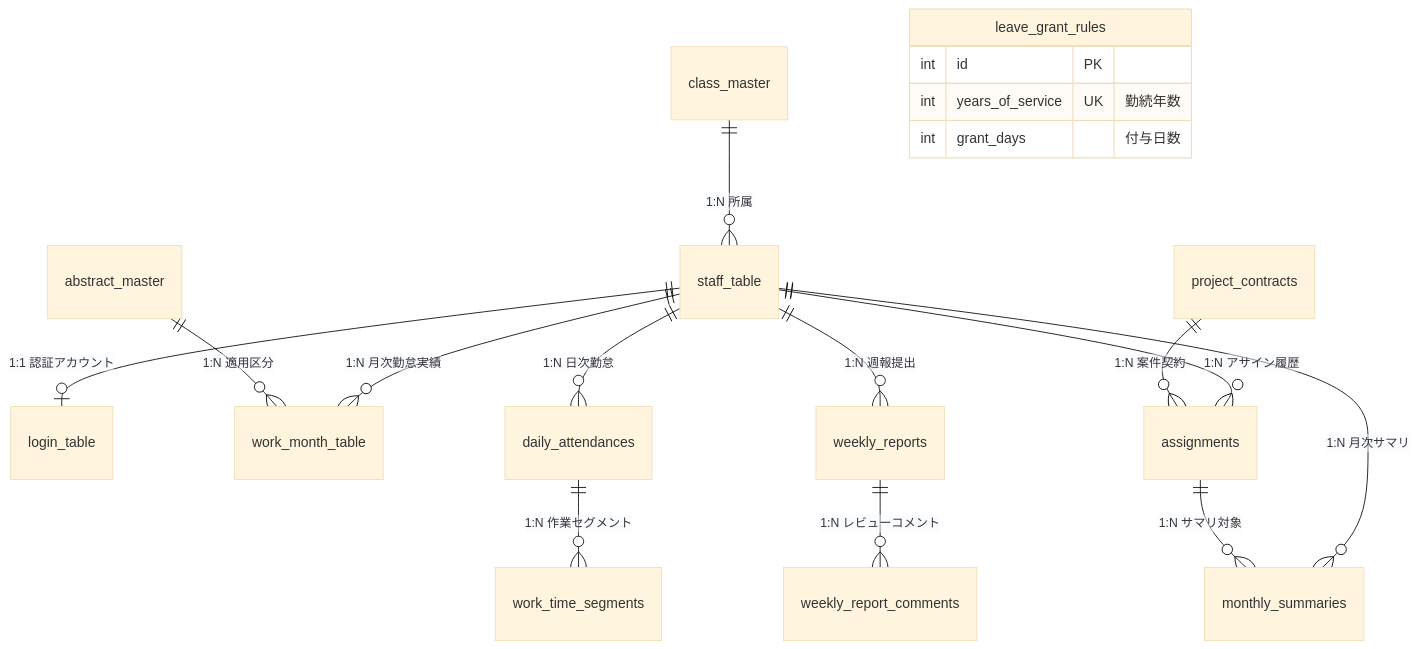
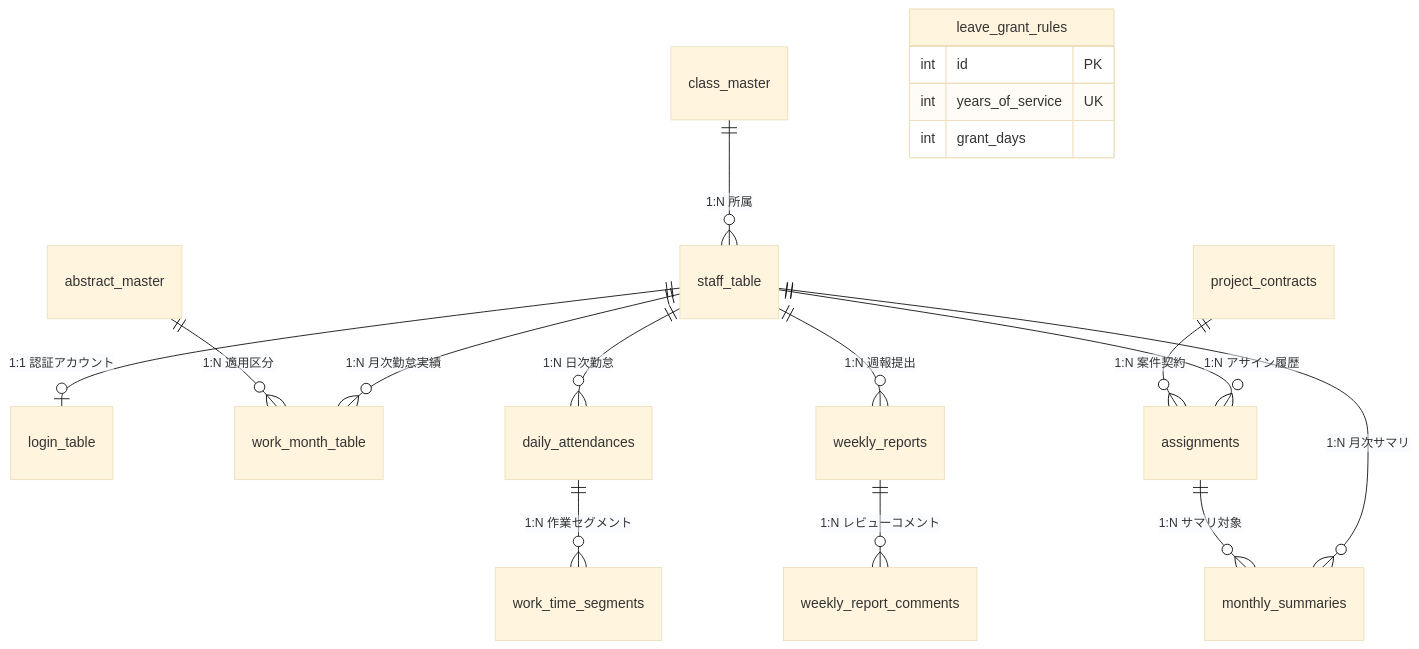
One commit to Yusuke568/Dev-lab changed the diagram in 00.document/05_データモデル設計書.md. Above: the diagram before and after it, drawn with Mermaid (base theme). The commit also changed 8 other files, not shown here.

Commit message:
fix(docs): GitHubプレビューでのMermaid構文エラーを修正し不要なPDFを削除

````diff
--- a/00.document/05_データモデル設計書.md
+++ b/00.document/05_データモデル設計書.md
@@ -16,25 +16,25 @@
 ```mermaid
 erDiagram
     class_master ||--o{ staff_table : "1:N 所属"
     staff_table ||--o| login_table : "1:1 認証アカウント"
     staff_table ||--o{ work_month_table : "1:N 月次勤怠実績"
     abstract_master ||--o{ work_month_table : "1:N 適用区分"
     
     staff_table ||--o{ assignments : "1:N アサイン履歴"
     project_contracts ||--o{ assignments : "1:N 案件契約"
     
     staff_table ||--o{ daily_attendances : "1:N 日次勤怠"
     daily_attendances ||--o{ work_time_segments : "1:N 作業セグメント"
     
     staff_table ||--o{ weekly_reports : "1:N 週報提出"
     weekly_reports ||--o{ weekly_report_comments : "1:N レビューコメント"
     
     staff_table ||--o{ monthly_summaries : "1:N 月次サマリ"
     assignments ||--o{ monthly_summaries : "1:N サマリ対象"
 
     leave_grant_rules {
         int id PK
-        int years_of_service UK "勤続年数"
-        int grant_days "付与日数"
+        int years_of_service UK
+        int grant_days
     }
 ```
````
